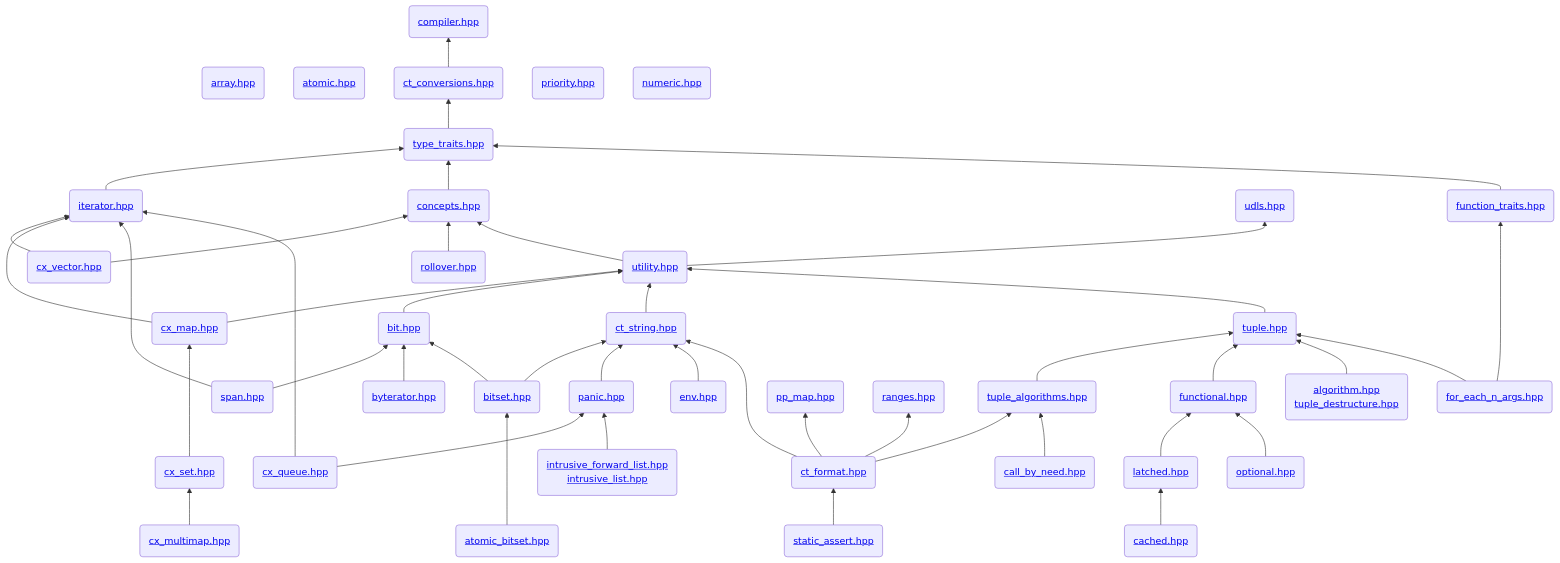
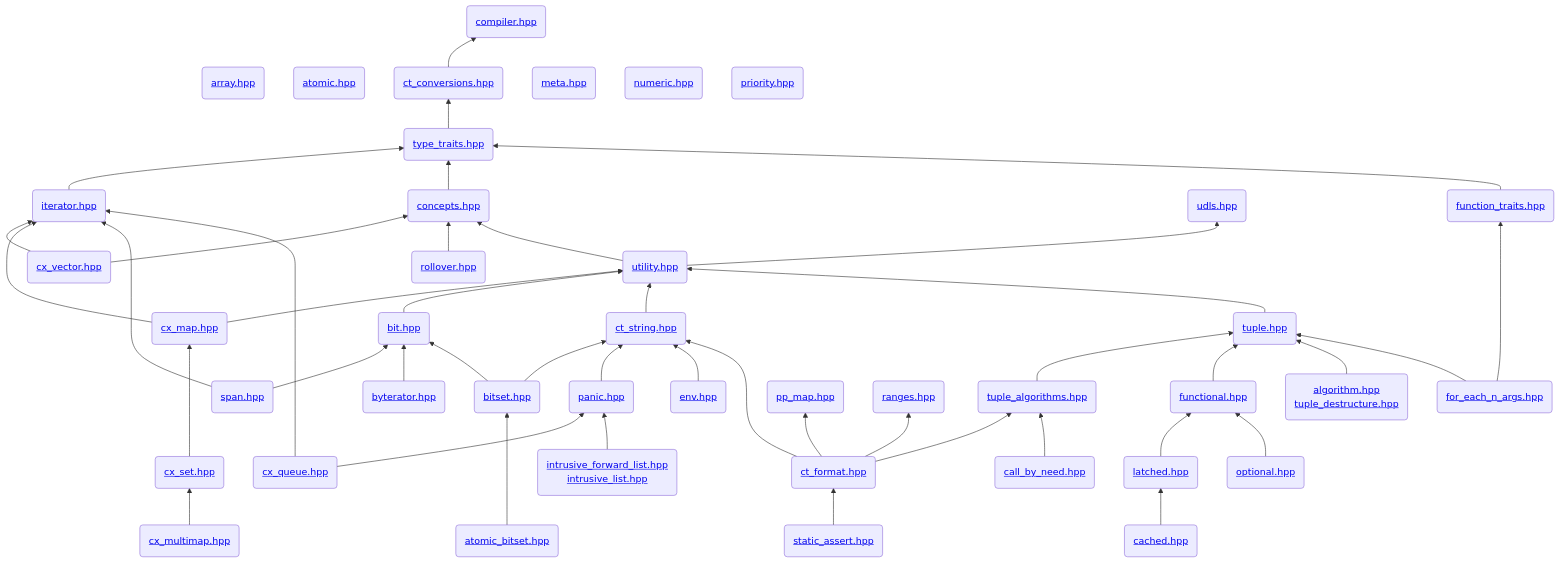
Before and after one commit to intel/cpp-std-extensions: the diagram in docs/header_graph.mmd, drawn with Mermaid. The commit also changed 8 other files, not shown here.

```diff
--- a/docs/header_graph.mmd
+++ b/docs/header_graph.mmd
@@ -1,105 +1,107 @@
 flowchart BT
   %% level 0
   compiler(<a href="https://github.com/intel/cpp-std-extensions/tree/main/include/stdx/compiler.hpp">compiler.hpp</a>)
 
   %% level 1
   array(<a href="https://github.com/intel/cpp-std-extensions/tree/main/include/stdx/array.hpp">array.hpp</a>)
   atomic(<a href="https://github.com/intel/cpp-std-extensions/tree/main/include/stdx/atomic.hpp">atomic.hpp</a>)
   ct_conversions(<a href="https://github.com/intel/cpp-std-extensions/tree/main/include/stdx/ct_conversions.hpp">ct_conversions.hpp</a>)
+  meta(<a href="https://github.com/intel/cpp-std-extensions/tree/main/include/stdx/meta.hpp">meta.hpp</a>)
+  numeric(<a href="https://github.com/intel/cpp-std-extensions/tree/main/include/stdx/numeric.hpp">numeric.hpp</a>)
   priority(<a href="https://github.com/intel/cpp-std-extensions/tree/main/include/stdx/priority.hpp">priority.hpp</a>)
-  numeric(<a href="https://github.com/intel/cpp-std-extensions/tree/main/include/stdx/numeric.hpp">numeric.hpp</a>)
   array ~~~ compiler
   atomic ~~~ compiler
   ct_conversions --> compiler
+  meta ~~~ compiler
+  numeric ~~~ compiler
   priority ~~~ compiler
-  numeric ~~~ compiler
 
   %% level 2
   type_traits(<a href="https://github.com/intel/cpp-std-extensions/tree/main/include/stdx/type_traits.hpp">type_traits.hpp</a>)
   type_traits --> ct_conversions
 
   %% level 3
   iterator(<a href="https://github.com/intel/cpp-std-extensions/tree/main/include/stdx/iterator.hpp">iterator.hpp</a>)
   concepts(<a href="https://github.com/intel/cpp-std-extensions/tree/main/include/stdx/concepts.hpp">concepts.hpp</a>)
   udls(<a href="https://github.com/intel/cpp-std-extensions/tree/main/include/stdx/udls.hpp">udls.hpp</a>)
   function_traits(<a href="https://github.com/intel/cpp-std-extensions/tree/main/include/stdx/function_traits.hpp">function_traits.hpp</a>)
   iterator --> type_traits
   concepts --> type_traits
   function_traits --> type_traits
 
   %% level 4
   cx_vector(<a href="https://github.com/intel/cpp-std-extensions/tree/main/include/stdx/cx_vector.hpp">cx_vector.hpp</a>)
   rollover(<a href="https://github.com/intel/cpp-std-extensions/tree/main/include/stdx/rollover.hpp">rollover.hpp</a>)
   utility(<a href="https://github.com/intel/cpp-std-extensions/tree/main/include/stdx/utility.hpp">utility.hpp</a>)
   cx_vector --> iterator
   cx_vector --> concepts
   rollover --> concepts
   utility --> concepts
   utility --> udls
 
   %% level 5
   cx_map(<a href="https://github.com/intel/cpp-std-extensions/tree/main/include/stdx/cx_map.hpp">cx_map.hpp</a>)
   bit(<a href="https://github.com/intel/cpp-std-extensions/tree/main/include/stdx/bit.hpp">bit.hpp</a>)
   ct_string(<a href="https://github.com/intel/cpp-std-extensions/tree/main/include/stdx/ct_string.hpp">ct_string.hpp</a>)
   tuple(<a href="https://github.com/intel/cpp-std-extensions/tree/main/include/stdx/tuple.hpp">tuple.hpp</a>)
   cx_map ---> iterator
   cx_map --> utility
   bit --> utility
   ct_string --> utility
   tuple --> utility
 
   %% level 6
   span(<a href="https://github.com/intel/cpp-std-extensions/tree/main/include/stdx/span.hpp">span.hpp</a>)
   byterator(<a href="https://github.com/intel/cpp-std-extensions/tree/main/include/stdx/byterator.hpp">byterator.hpp</a>)
   cx_set(<a href="https://github.com/intel/cpp-std-extensions/tree/main/include/stdx/cx_set.hpp">cx_set.hpp</a>)
   bitset(<a href="https://github.com/intel/cpp-std-extensions/tree/main/include/stdx/bitset.hpp">bitset.hpp</a>)
   panic(<a href="https://github.com/intel/cpp-std-extensions/tree/main/include/stdx/panic.hpp">panic.hpp</a>)
   env(<a href="https://github.com/intel/cpp-std-extensions/tree/main/include/stdx/env.hpp">env.hpp</a>)
   functional(<a href="https://github.com/intel/cpp-std-extensions/tree/main/include/stdx/functional.hpp">functional.hpp</a>)
   C(<a href="https://github.com/intel/cpp-std-extensions/tree/main/include/stdx/algorithm.hpp">algorithm.hpp</a><br><a href="https://github.com/intel/cpp-std-extensions/tree/main/include/stdx/tuple_destructure.hpp">tuple_destructure.hpp</a>)
   for_each_n_args(<a href="https://github.com/intel/cpp-std-extensions/tree/main/include/stdx/for_each_n_args.hpp">for_each_n_args.hpp</a>)
 
   %% level 7
   cx_multimap(<a href="https://github.com/intel/cpp-std-extensions/tree/main/include/stdx/cx_multimap.hpp">cx_multimap.hpp</a>)
   cx_queue(<a href="https://github.com/intel/cpp-std-extensions/tree/main/include/stdx/cx_queue.hpp">cx_queue.hpp</a>)
   atomic_bitset(<a href="https://github.com/intel/cpp-std-extensions/tree/main/include/stdx/atomic_bitset.hpp">atomic_bitset.hpp</a>)
   B(<a href="https://github.com/intel/cpp-std-extensions/tree/main/include/stdx/intrusive_forward_list.hpp">intrusive_forward_list.hpp<br><a href="https://github.com/intel/cpp-std-extensions/tree/main/include/stdx/intrusive_list.hpp">intrusive_list.hpp</a>)
   pp_map(<a href="https://github.com/intel/cpp-std-extensions/tree/main/include/stdx/pp_map.hpp">pp_map.hpp</a>)
   ranges(<a href="https://github.com/intel/cpp-std-extensions/tree/main/include/stdx/ranges.hpp">ranges.hpp</a>)
   tuple_algorithms(<a href="https://github.com/intel/cpp-std-extensions/tree/main/include/stdx/tuple_algorithms.hpp">tuple_algorithms.hpp</a>)
   ct_format(<a href="https://github.com/intel/cpp-std-extensions/tree/main/include/stdx/ct_format.hpp">ct_format.hpp</a>)
   call_by_need(<a href="https://github.com/intel/cpp-std-extensions/tree/main/include/stdx/call_by_need.hpp">call_by_need.hpp</a>)
   latched(<a href="https://github.com/intel/cpp-std-extensions/tree/main/include/stdx/latched.hpp">latched.hpp</a>)
   optional(<a href="https://github.com/intel/cpp-std-extensions/tree/main/include/stdx/optional.hpp">optional.hpp</a>)
 
   %% level 8
   cached(<a href="https://github.com/intel/cpp-std-extensions/tree/main/include/stdx/cached.hpp">cached.hpp</a>)
   static_assert(<a href="https://github.com/intel/cpp-std-extensions/tree/main/include/stdx/static_assert.hpp">static_assert.hpp</a>)
 
   span ----> iterator
   span --> bit
   byterator --> bit
   cx_set ---> cx_map
   bitset --> bit
   bitset --> ct_string
   panic --> ct_string
   env --> ct_string
   tuple_algorithms --> tuple
   functional --> tuple
   C --> tuple
   for_each_n_args ----> function_traits
   for_each_n_args --> tuple
   cx_multimap --> cx_set
   cx_queue ----> iterator
   cx_queue --> panic
   atomic_bitset ---> bitset
   B --> panic
   ct_format ---> ct_string
   ct_format --> pp_map
   ct_format --> ranges
   ct_format --> tuple_algorithms
   call_by_need --> tuple_algorithms
   latched --> functional
   optional --> functional
   cached --> latched
   static_assert --> ct_format
```
